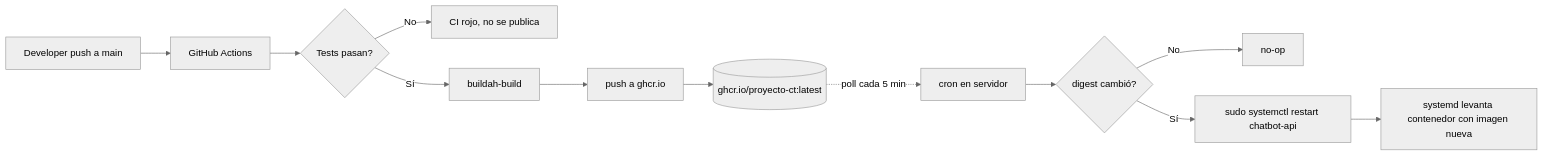
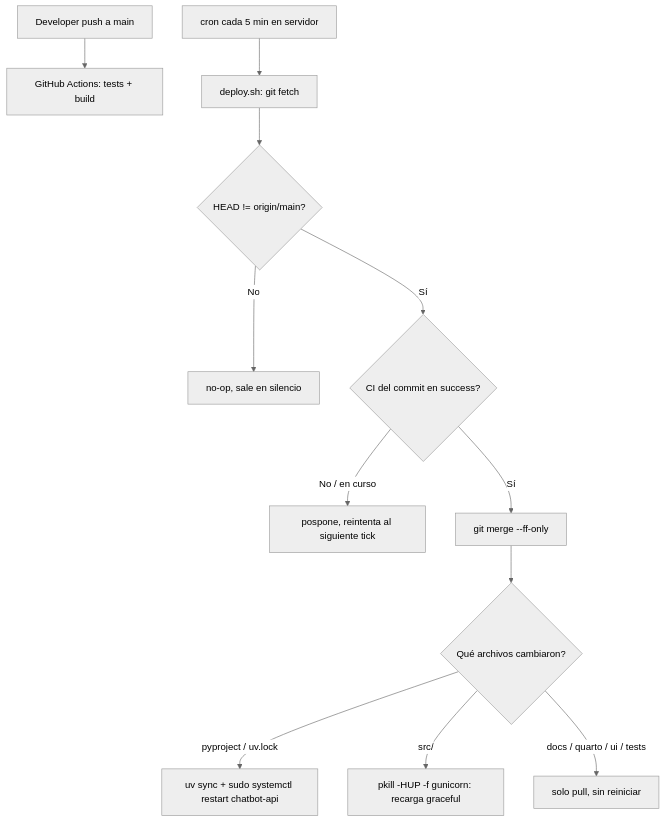
Before and after one commit to anmerino-pnd/projects-hub: the fourth of 4 diagrams in 2_ct_chatbot/6_documentacion.qmd, drawn with Mermaid (neutral theme). The commit also changed other lines of this file and 2 other files, not shown here.

Commit message:
Actualizar archivos de documentación y HTML

````diff
--- a/2_ct_chatbot/6_documentacion.qmd
+++ b/2_ct_chatbot/6_documentacion.qmd
@@ -2117,14 +2123,14 @@
 ```mermaid
-flowchart LR
-    A[Developer push a main] --> B[GitHub Actions]
-    B --> C{Tests pasan?}
-    C -->|No| X[CI rojo, no se publica]
-    C -->|Sí| D[buildah-build]
-    D --> E[push a ghcr.io]
-    E --> F[(ghcr.io/proyecto-ct:latest)]
-    F -.poll cada 5 min.-> G[cron en servidor]
-    G --> H{digest cambió?}
-    H -->|No| I[no-op]
-    H -->|Sí| J[sudo systemctl restart chatbot-api]
-    J --> K[systemd levanta contenedor con imagen nueva]
+flowchart TD
+    A[Developer push a main] --> B[GitHub Actions: tests + build]
+    C[cron cada 5 min en servidor] --> D[deploy.sh: git fetch]
+    D --> E{HEAD != origin/main?}
+    E -->|No| F[no-op, sale en silencio]
+    E -->|Sí| G{CI del commit en success?}
+    G -->|No / en curso| H[pospone, reintenta al siguiente tick]
+    G -->|Sí| I[git merge --ff-only]
+    I --> J{Qué archivos cambiaron?}
+    J -->|pyproject / uv.lock| K[uv sync + sudo systemctl restart chatbot-api]
+    J -->|src/| L[pkill -HUP -f gunicorn: recarga graceful]
+    J -->|docs / quarto / ui / tests| M[solo pull, sin reiniciar]
 ```
````
